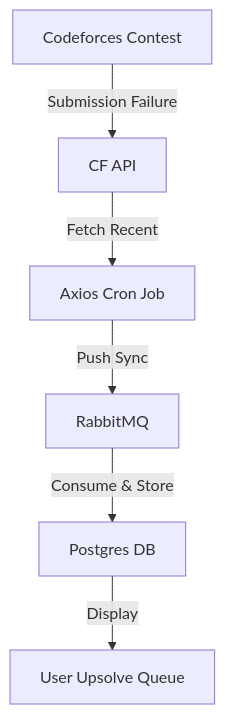
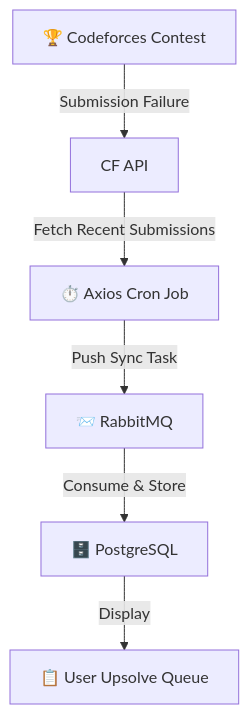
Before and after one commit to arhamxfarooqui/AXIOS-GO: the first of 3 diagrams in USE_CASES.md, drawn with Mermaid. The commit also changed other lines of this file, not shown here.

First line of the commit message:
Enhance USE_CASES.md with detailed user journeys

````diff
--- a/USE_CASES.md
+++ b/USE_CASES.md
@@ -18,8 +57,8 @@
 ```mermaid
 graph TD
-    A[Codeforces Contest] -->|Submission Failure| B[CF API]
-    B -->|Fetch Recent| C[Axios Cron Job]
-    C -->|Push Sync| D[RabbitMQ]
-    D -->|Consume & Store| E[Postgres DB]
-    E -->|Display| F[User Upsolve Queue]
+    A[🏆 Codeforces Contest] -->|Submission Failure| B[CF API]
+    B -->|Fetch Recent Submissions| C[⏱️ Axios Cron Job]
+    C -->|Push Sync Task| D[📨 RabbitMQ]
+    D -->|Consume & Store| E[🗄️ PostgreSQL]
+    E -->|Display| F[📋 User Upsolve Queue]
 ```
````
